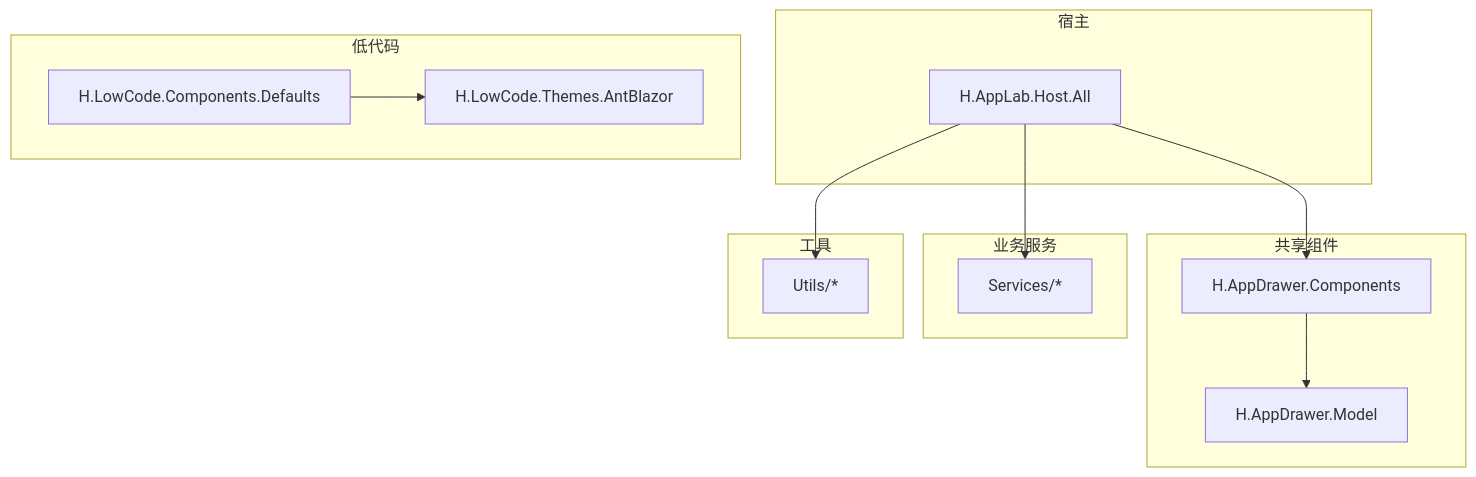
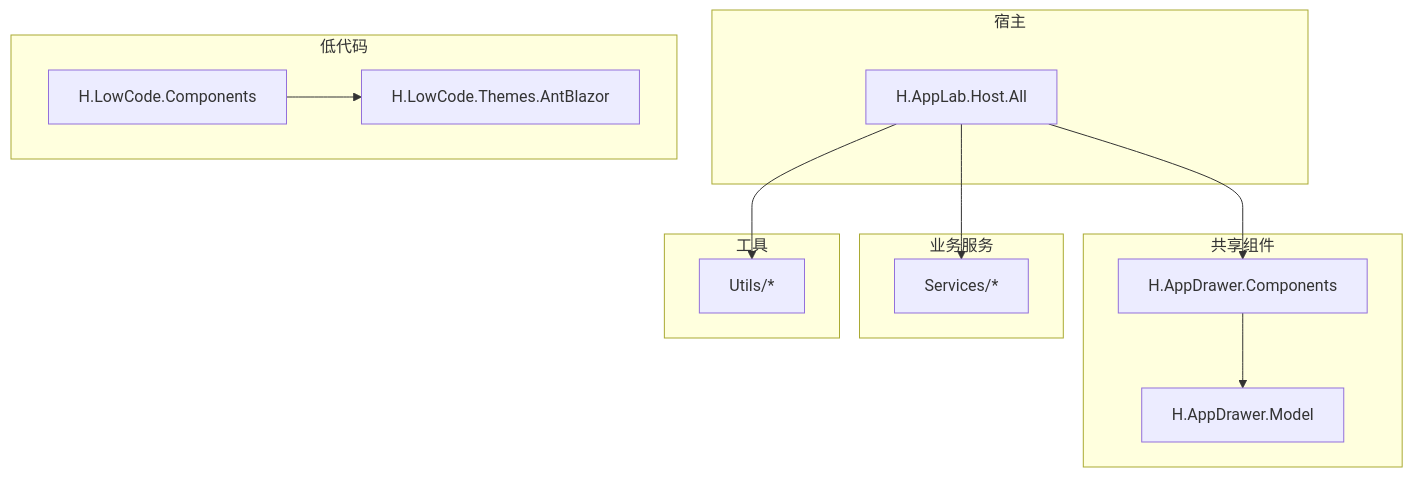
One commit to openlowcodelab/lowcode changed the first of 6 diagrams in .qoder/repowiki/zh/content/前端架构/前端架构.md. Above: the diagram before and after it, drawn with Mermaid. The commit also changed other lines of this file and 90 other files, not shown here.

Commit message:
[LowCode] 组件库重命名

````diff
--- a/.qoder/repowiki/zh/content/前端架构/前端架构.md
+++ b/.qoder/repowiki/zh/content/前端架构/前端架构.md
@@ -43,25 +43,25 @@
 ```mermaid
 graph TB
 subgraph "宿主"
 HostAll["H.AppLab.Host.All"]
 end
 subgraph "共享组件"
 AppDrawerComp["H.AppDrawer.Components"]
 AppDrawerModel["H.AppDrawer.Model"]
 end
 subgraph "低代码"
-Defaults["H.LowCode.Components.Defaults"]
+Defaults["H.LowCode.Components"]
 Theme["H.LowCode.Themes.AntBlazor"]
 end
 subgraph "业务服务"
 Services["Services/*"]
 end
 subgraph "工具"
 Utils["Utils/*"]
 end
 HostAll --> AppDrawerComp
 AppDrawerComp --> AppDrawerModel
 Defaults --> Theme
 HostAll --> Services
 HostAll --> Utils
 ```
````
